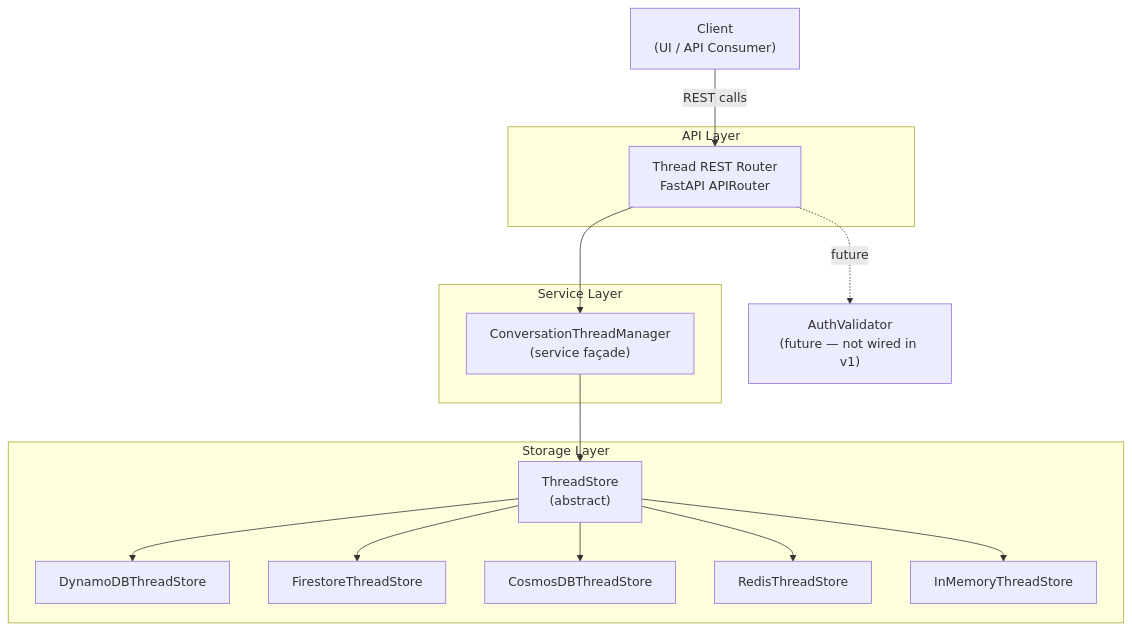
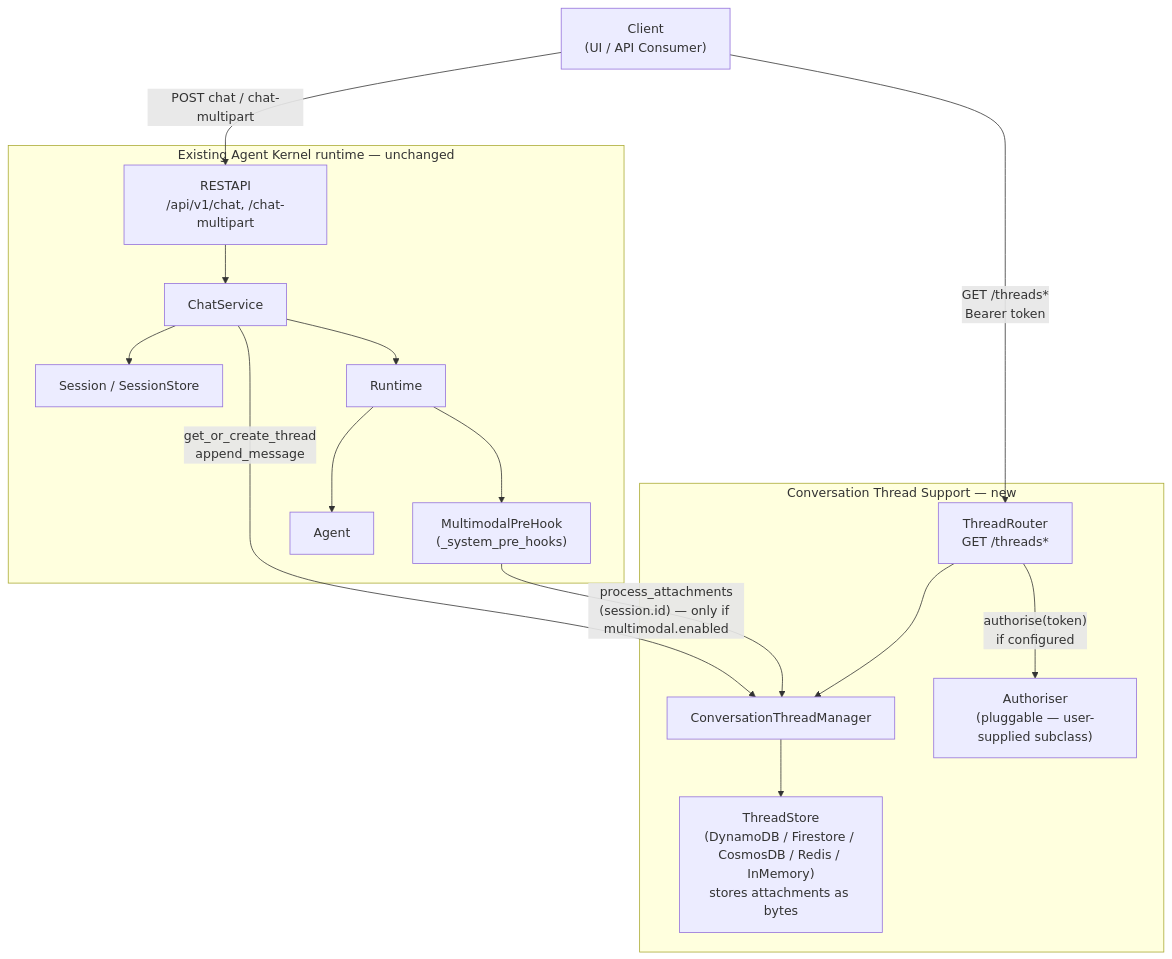
Before and after one commit to yaalalabs/agent-kernel: the first of 3 diagrams in docs/specs/conversation-thread-support.md, drawn with Mermaid. The commit also changed other lines of this file, not shown here.

````diff
--- a/docs/specs/conversation-thread-support.md
+++ b/docs/specs/conversation-thread-support.md
@@ -25,33 +27,31 @@
 ```mermaid
 flowchart TD
     Client["Client\n(UI / API Consumer)"]
 
-    subgraph API Layer
-        REST["Thread REST Router\nFastAPI APIRouter"]
+    subgraph Existing["Existing Agent Kernel runtime — unchanged"]
+        RESTAPI["RESTAPI\n/api/v1/chat, /chat-multipart"]
+        ChatService["ChatService"]
+        SessionStore["Session / SessionStore"]
+        Runtime["Runtime"]
+        MMHook["MultimodalPreHook\n(_system_pre_hooks)"]
+        Agent["Agent"]
     end
 
-    subgraph Service Layer
-        TSM["ConversationThreadManager\n(service façade)"]
+    subgraph New["Conversation Thread Support — new"]
+        ThreadRouter["ThreadRouter\nGET /threads*"]
+        TSM["ConversationThreadManager"]
+        TS["ThreadStore\n(DynamoDB / Firestore / CosmosDB / Redis / InMemory)\nstores attachments as bytes"]
+        AUTH["Authoriser\n(pluggable — user-supplied subclass)"]
     end
 
-    subgraph Storage Layer
-        TS["ThreadStore\n(abstract)"]
-        DDB["DynamoDBThreadStore"]
-        FS["FirestoreThreadStore"]
-        CDB["CosmosDBThreadStore"]
-        REDIS["RedisThreadStore"]
-        MEM["InMemoryThreadStore"]
-    end
+    Client -->|"POST chat / chat-multipart"| RESTAPI --> ChatService
+    ChatService --> SessionStore
+    ChatService -->|"get_or_create_thread\nappend_message"| TSM
+    ChatService --> Runtime --> MMHook
+    Runtime --> Agent
+    MMHook -->|"process_attachments\n(session.id) — only if multimodal.enabled"| TSM
+    TSM --> TS
 
-    AUTH["AuthValidator\n(future — not wired in v1)"]
-
-    Client -->|"REST calls"| REST
-    REST -.->|"future"| AUTH
-    REST --> TSM
-    TSM --> TS
-    TS --> DDB
-    TS --> FS
-    TS --> CDB
-    TS --> REDIS
-    TS --> MEM
+    Client -->|"GET /threads*\nBearer token"| ThreadRouter --> TSM
+    ThreadRouter -->|"authorise(token)\nif configured"| AUTH
 ```
````
